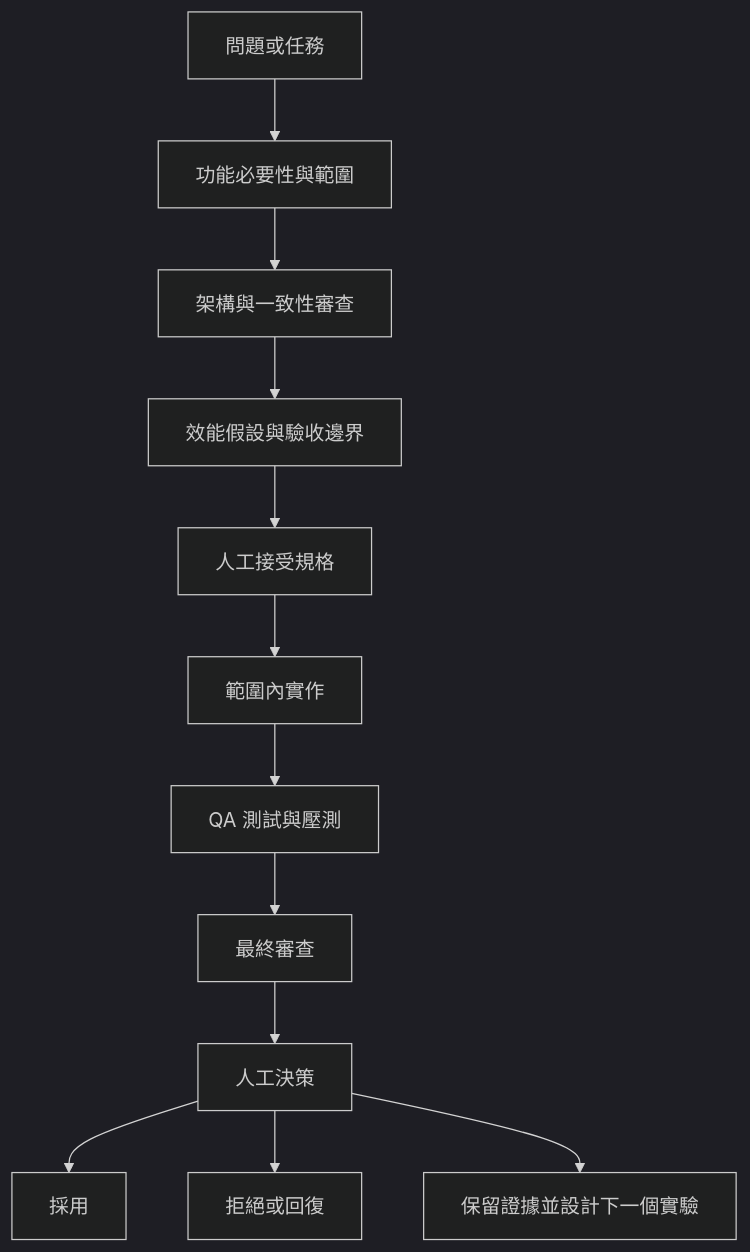
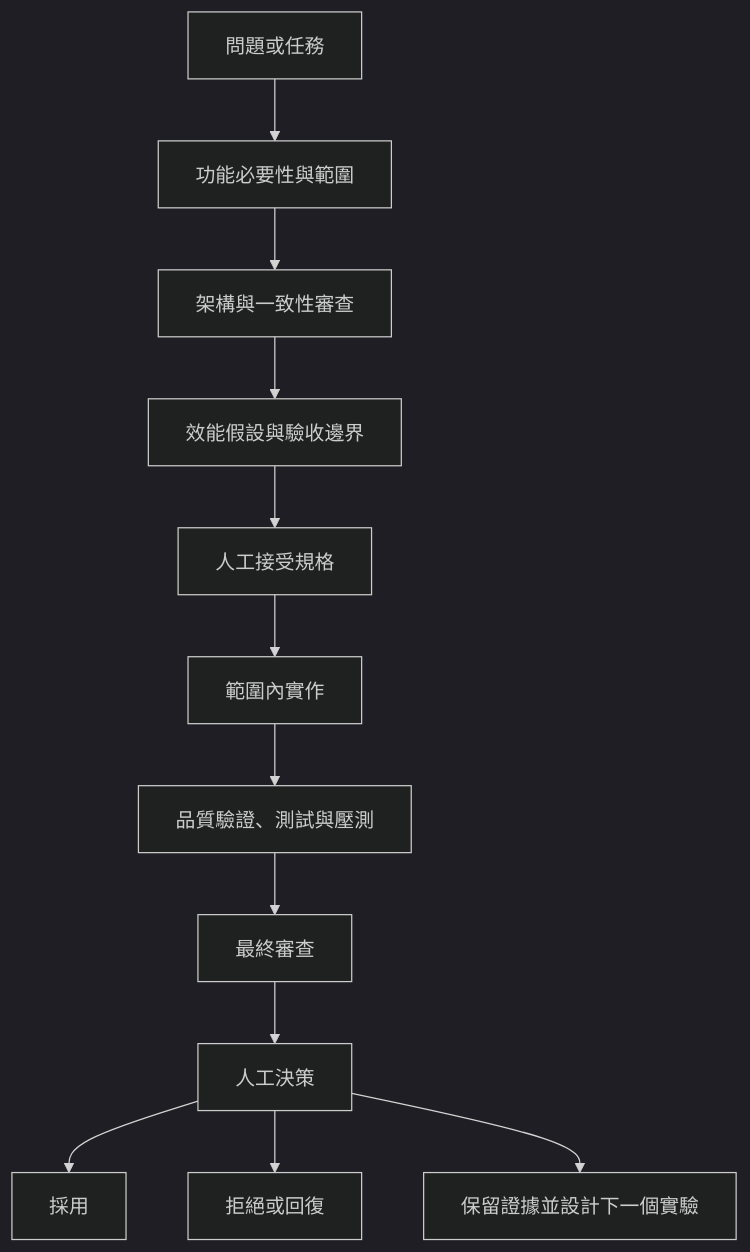
The diagram in docs/ai-engineering-workflow.md (Yitin-tsai/eap-infra), drawn with Mermaid (dark theme) before and after one commit. The commit also changed other lines of this file and 32 other files, not shown here.

````diff
--- a/docs/ai-engineering-workflow.md
+++ b/docs/ai-engineering-workflow.md
@@ -26,14 +28,14 @@
 ```mermaid
 flowchart TD
     A[問題或任務] --> B[功能必要性與範圍]
     B --> C[架構與一致性審查]
     C --> D[效能假設與驗收邊界]
     D --> E[人工接受規格]
     E --> F[範圍內實作]
-    F --> G[QA 測試與壓測]
+    F --> G[品質驗證、測試與壓測]
     G --> H[最終審查]
     H --> I[人工決策]
     I --> J[採用]
     I --> K[拒絕或回復]
     I --> L[保留證據並設計下一個實驗]
 ```
````
